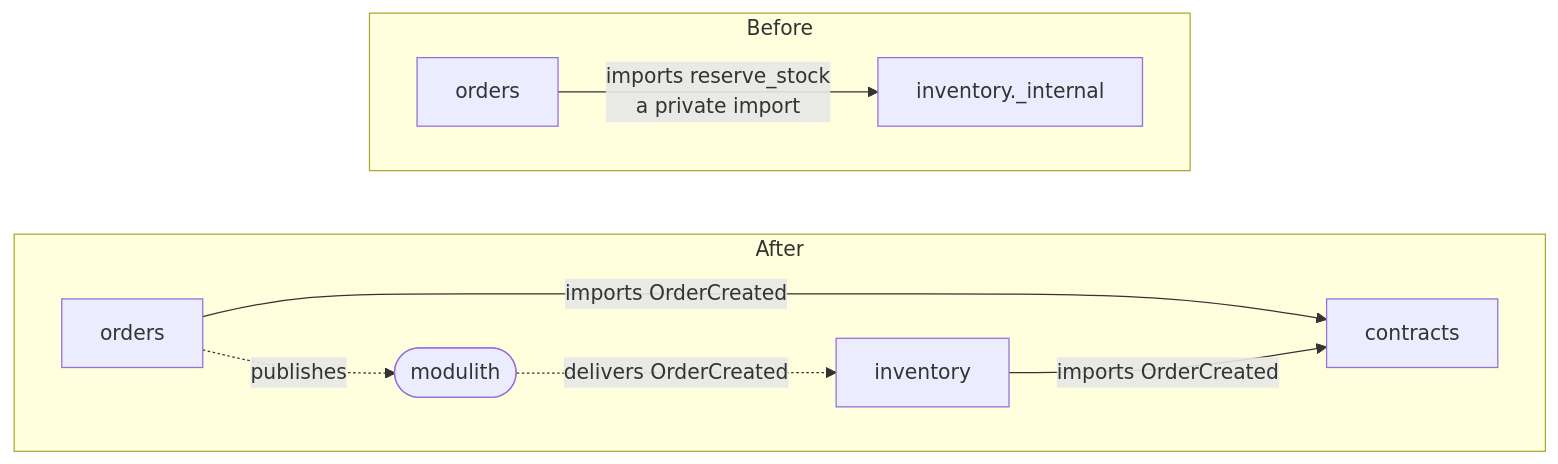
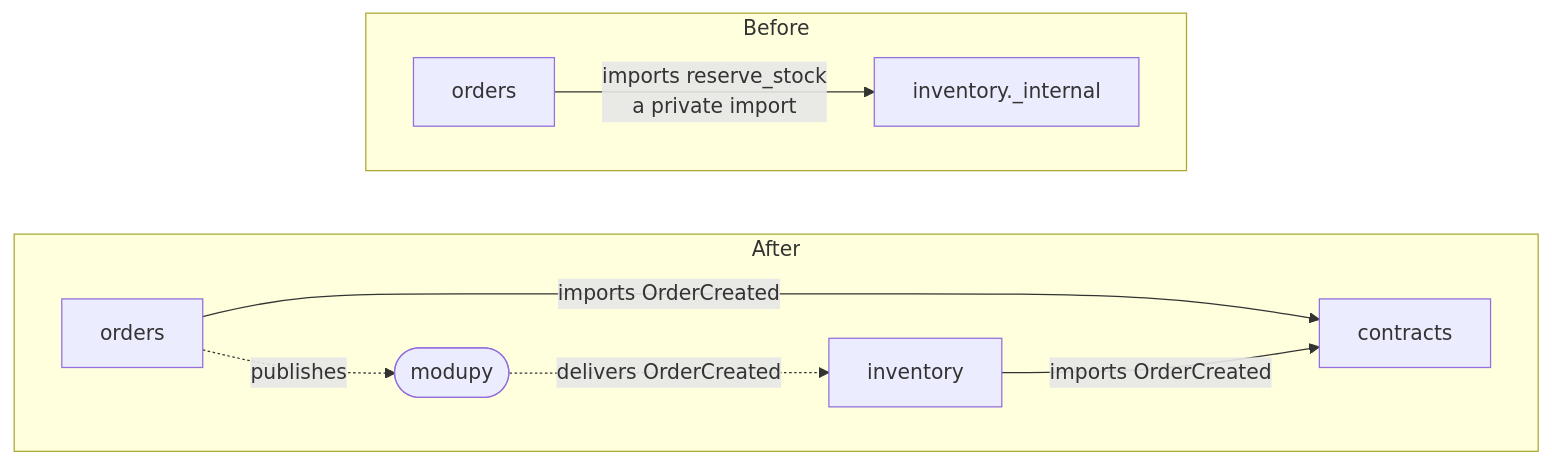
Before and after one commit to jeansossmeier/modupy: the second of 3 diagrams in MIGRATION_GUIDE.md, drawn with Mermaid. The commit also changed other lines of this file and 15 other files, not shown here.

````diff
--- a/MIGRATION_GUIDE.md
+++ b/MIGRATION_GUIDE.md
@@ -206,15 +206,15 @@
 ```mermaid
 flowchart TB
     subgraph before["Before"]
         direction LR
         o1["orders"] -->|"imports reserve_stock<br>a private import"| i1["inventory._internal"]
     end
     subgraph after["After"]
         direction LR
         o2["orders"] -->|"imports OrderCreated"| c["contracts"]
         i2["inventory"] -->|"imports OrderCreated"| c
-        o2 -.->|"publishes"| m(["modulith"])
+        o2 -.->|"publishes"| m(["modupy"])
         m -.->|"delivers OrderCreated"| i2
     end
     before ~~~ after
 ```
````
